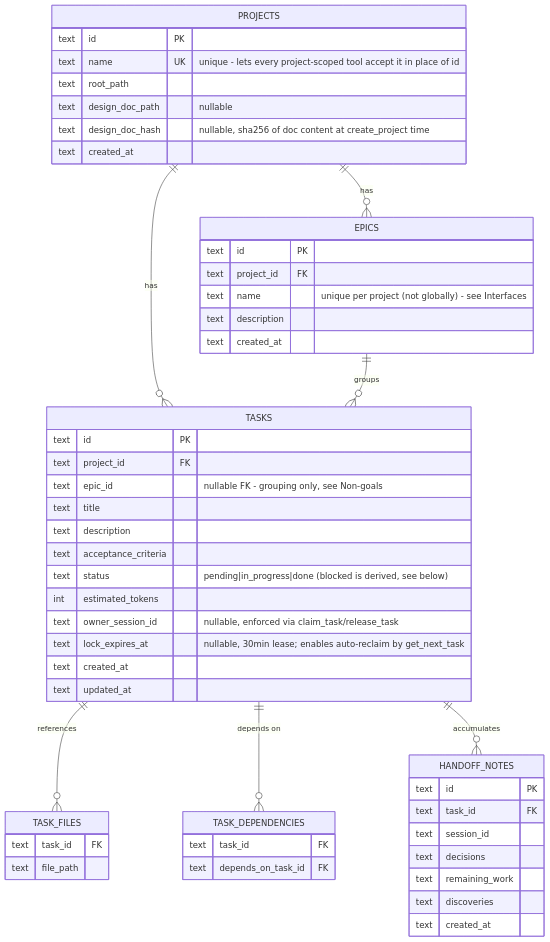
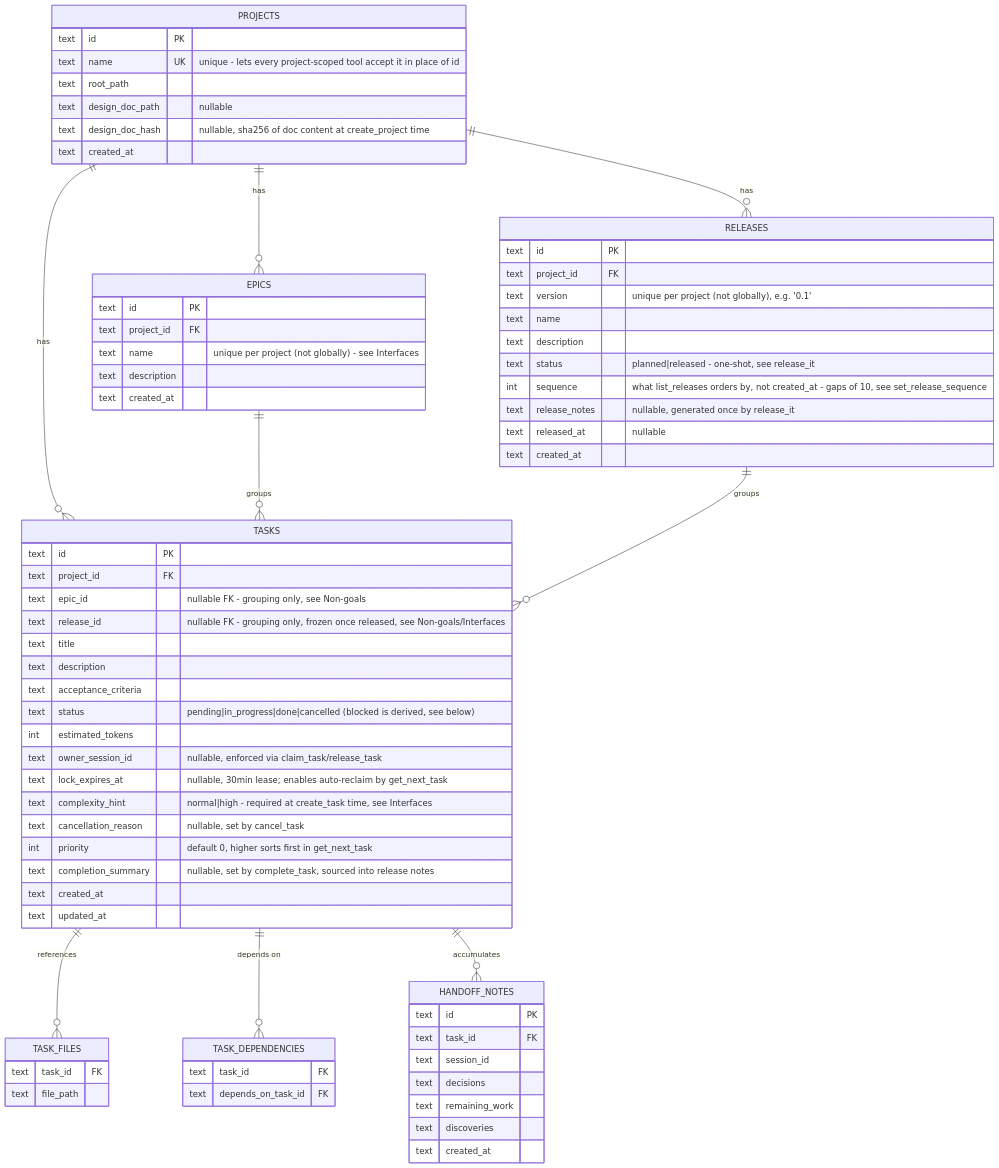
One commit to madmurdok/task-tracker-mcp changed the third of 3 diagrams in docs/architecture/task-tracker-mcp.md. Above: the diagram before and after it, drawn with Mermaid. The commit also changed other lines of this file and 31 other files, not shown here.

First line of the commit message:
feat: add task cancellation, priority, releases, task detail packet, and bulk creation

````diff
--- a/docs/architecture/task-tracker-mcp.md
+++ b/docs/architecture/task-tracker-mcp.md
@@ -125,56 +131,75 @@
 ```mermaid
 erDiagram
     PROJECTS ||--o{ TASKS : has
     PROJECTS ||--o{ EPICS : has
+    PROJECTS ||--o{ RELEASES : has
     EPICS ||--o{ TASKS : groups
+    RELEASES ||--o{ TASKS : groups
     TASKS ||--o{ TASK_FILES : references
     TASKS ||--o{ TASK_DEPENDENCIES : "depends on"
     TASKS ||--o{ HANDOFF_NOTES : accumulates
 
     PROJECTS {
         text id PK
         text name UK "unique - lets every project-scoped tool accept it in place of id"
         text root_path
         text design_doc_path "nullable"
         text design_doc_hash "nullable, sha256 of doc content at create_project time"
         text created_at
     }
     EPICS {
         text id PK
         text project_id FK
         text name "unique per project (not globally) - see Interfaces"
         text description
         text created_at
     }
+    RELEASES {
+        text id PK
+        text project_id FK
+        text version "unique per project (not globally), e.g. '0.1'"
+        text name
+        text description
+        text status "planned|released - one-shot, see release_it"
+        int sequence "what list_releases orders by, not created_at - gaps of 10, see set_release_sequence"
+        text release_notes "nullable, generated once by release_it"
+        text released_at "nullable"
+        text created_at
+    }
     TASKS {
         text id PK
         text project_id FK
         text epic_id "nullable FK - grouping only, see Non-goals"
+        text release_id "nullable FK - grouping only, frozen once released, see Non-goals/Interfaces"
         text title
         text description
         text acceptance_criteria
-        text status "pending|in_progress|done (blocked is derived, see below)"
+        text status "pending|in_progress|done|cancelled (blocked is derived, see below)"
         int estimated_tokens
         text owner_session_id "nullable, enforced via claim_task/release_task"
         text lock_expires_at "nullable, 30min lease; enables auto-reclaim by get_next_task"
+        text complexity_hint "normal|high - required at create_task time, see Interfaces"
+        text cancellation_reason "nullable, set by cancel_task"
+        int priority "default 0, higher sorts first in get_next_task"
+        text completion_summary "nullable, set by complete_task, sourced into release notes"
         text created_at
         text updated_at
     }
     TASK_FILES {
         text task_id FK
         text file_path
     }
     TASK_DEPENDENCIES {
         text task_id FK
         text depends_on_task_id FK
     }
     HANDOFF_NOTES {
         text id PK
         text task_id FK
         text session_id
         text decisions
         text remaining_work
         text discoveries
         text created_at
     }
 ```
````
